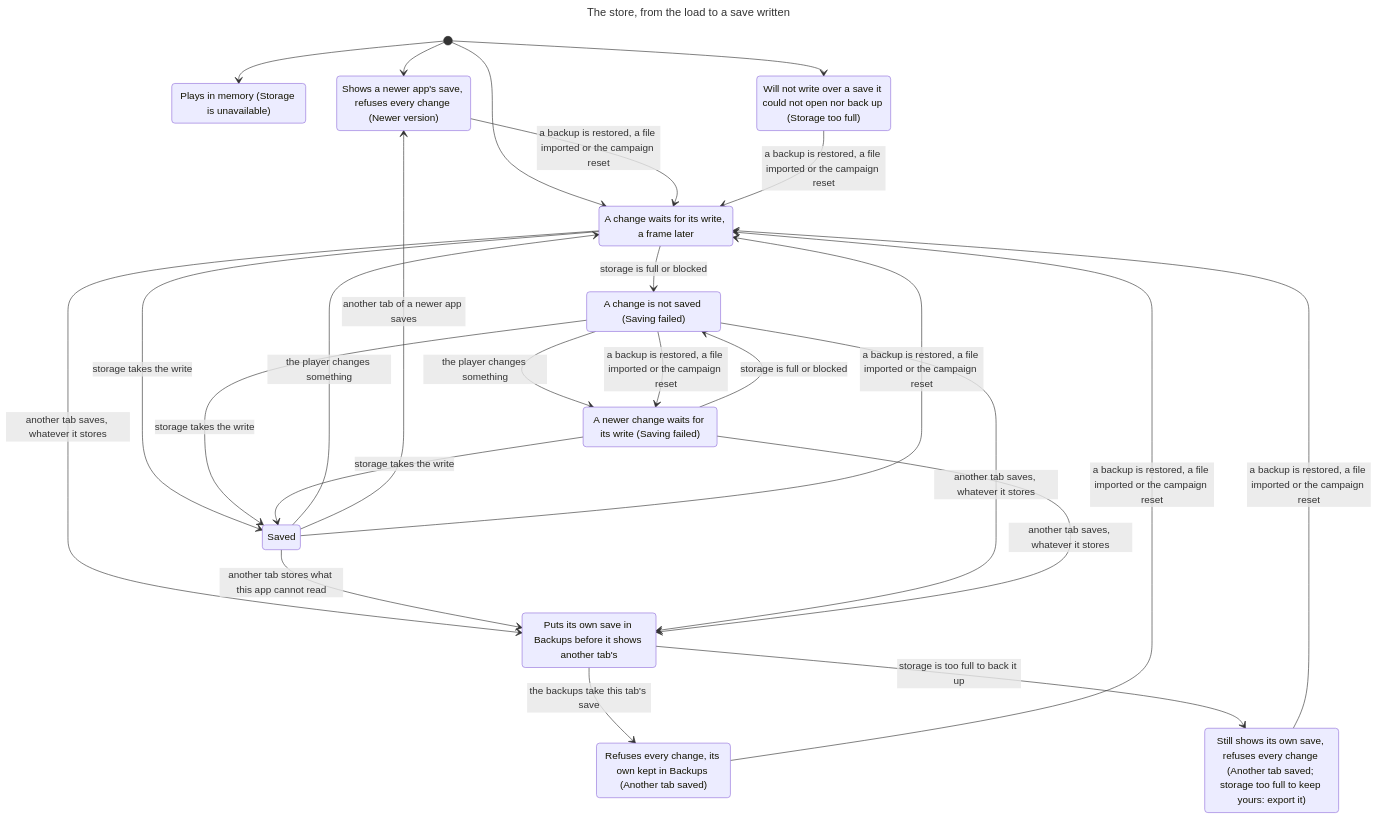
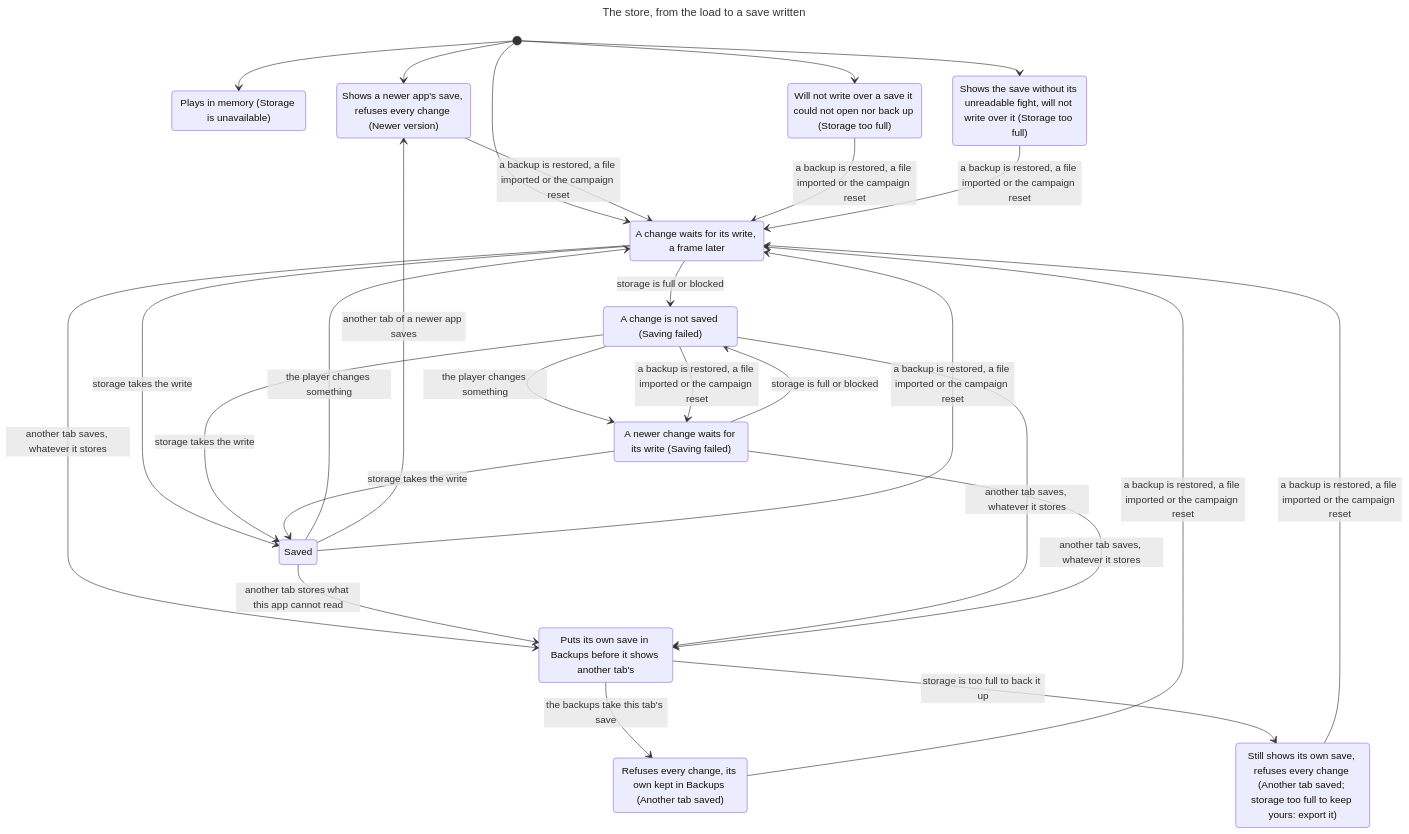
Diagram 37 of 50 in docs/state-machines.md (makoots-png/System-gaming-public), drawn with Mermaid before and after one commit. The commit also changed other lines of this file and 58 other files, not shown here.

````diff
--- a/docs/state-machines.md
+++ b/docs/state-machines.md
@@ -1550,40 +1598,43 @@
 ```mermaid
 ---
 title: The store, from the load to a save written
 ---
 stateDiagram-v2
   state "Plays in memory (Storage is unavailable)" as s1
   state "Shows a newer app's save, refuses every change (Newer version)" as s2
   state "A change waits for its write, a frame later" as s3
   state "Will not write over a save it could not open nor back up (Storage too full)" as s4
-  state "Saved" as s5
-  state "A change is not saved (Saving failed)" as s6
-  state "Puts its own save in Backups before it shows another tab's" as s7
-  state "A newer change waits for its write (Saving failed)" as s8
-  state "Refuses every change, its own kept in Backups (Another tab saved)" as s9
-  state "Still shows its own save, refuses every change (Another tab saved; storage too full to keep yours: export it)" as s10
+  state "Shows the save without its unreadable fight, will not write over it (Storage too full)" as s5
+  state "Saved" as s6
+  state "A change is not saved (Saving failed)" as s7
+  state "Puts its own save in Backups before it shows another tab's" as s8
+  state "A newer change waits for its write (Saving failed)" as s9
+  state "Refuses every change, its own kept in Backups (Another tab saved)" as s10
+  state "Still shows its own save, refuses every change (Another tab saved; storage too full to keep yours: export it)" as s11
   [*] --> s1
   [*] --> s2
   [*] --> s3
   [*] --> s4
+  [*] --> s5
   s2 --> s3 : a backup is restored, a file imported or the campaign reset
-  s3 --> s5 : storage takes the write
-  s3 --> s6 : storage is full or blocked
-  s3 --> s7 : another tab saves, whatever it stores
+  s3 --> s6 : storage takes the write
+  s3 --> s7 : storage is full or blocked
+  s3 --> s8 : another tab saves, whatever it stores
   s4 --> s3 : a backup is restored, a file imported or the campaign reset
-  s5 --> s3 : the player changes something
-  s5 --> s2 : another tab of a newer app saves
-  s5 --> s7 : another tab stores what this app cannot read
   s5 --> s3 : a backup is restored, a file imported or the campaign reset
-  s6 --> s8 : the player changes something
-  s6 --> s5 : storage takes the write
-  s6 --> s7 : another tab saves, whatever it stores
-  s6 --> s8 : a backup is restored, a file imported or the campaign reset
-  s7 --> s9 : the backups take this tab's save
-  s7 --> s10 : storage is too full to back it up
-  s8 --> s5 : storage takes the write
-  s8 --> s6 : storage is full or blocked
-  s8 --> s7 : another tab saves, whatever it stores
-  s9 --> s3 : a backup is restored, a file imported or the campaign reset
+  s6 --> s3 : the player changes something
+  s6 --> s2 : another tab of a newer app saves
+  s6 --> s8 : another tab stores what this app cannot read
+  s6 --> s3 : a backup is restored, a file imported or the campaign reset
+  s7 --> s9 : the player changes something
+  s7 --> s6 : storage takes the write
+  s7 --> s8 : another tab saves, whatever it stores
+  s7 --> s9 : a backup is restored, a file imported or the campaign reset
+  s8 --> s10 : the backups take this tab's save
+  s8 --> s11 : storage is too full to back it up
+  s9 --> s6 : storage takes the write
+  s9 --> s7 : storage is full or blocked
+  s9 --> s8 : another tab saves, whatever it stores
   s10 --> s3 : a backup is restored, a file imported or the campaign reset
+  s11 --> s3 : a backup is restored, a file imported or the campaign reset
 ```
````
